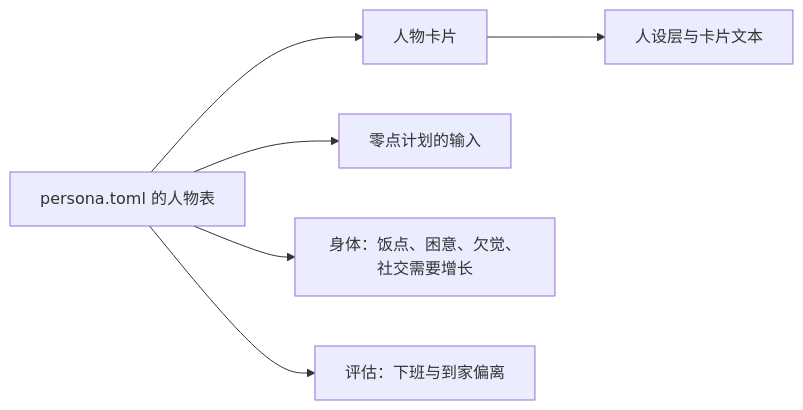
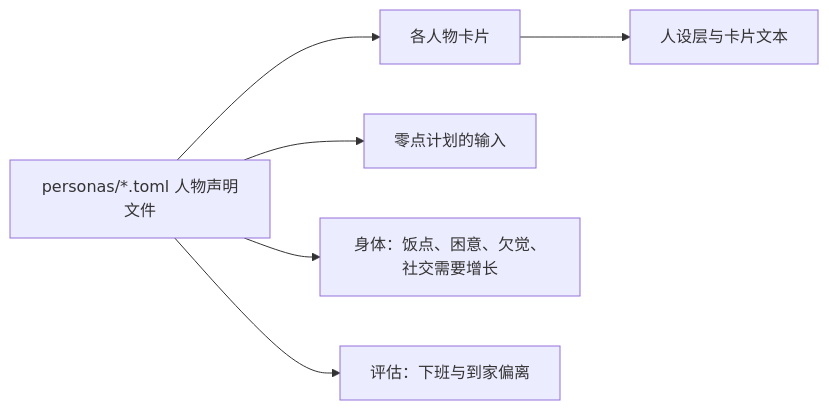
The first of 3 diagrams in docs/design/06-agent.md (HoldThatThgt/WorldMock), drawn with Mermaid before and after one commit. The commit also changed other lines of this file and 19 other files, not shown here.

````diff
--- a/docs/design/06-agent.md
+++ b/docs/design/06-agent.md
@@ -10,8 +10,8 @@
 ```mermaid
 flowchart LR
-    Table[persona.toml 的人物表] --> Card[人物卡片]
-    Card --> Layer[人设层与卡片文本]
-    Table --> Plan[零点计划的输入]
-    Table --> Body[身体：饭点、困意、欠觉、社交需要增长]
-    Table --> Evaluation[评估：下班与到家偏离]
+    Table["personas/*.toml 人物声明文件"] --> Card["各人物卡片"]
+    Card --> Layer["人设层与卡片文本"]
+    Table --> Plan["零点计划的输入"]
+    Table --> Body["身体：饭点、困意、欠觉、社交需要增长"]
+    Table --> Evaluation["评估：下班与到家偏离"]
 ```
````
